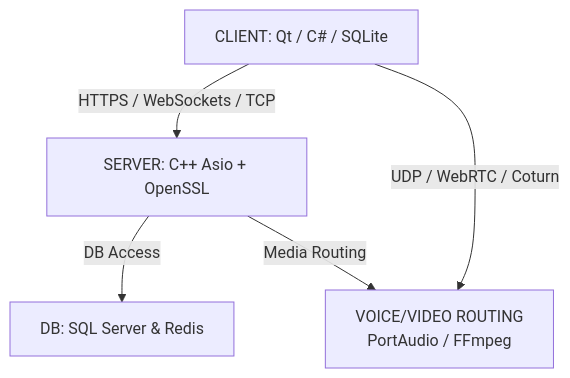
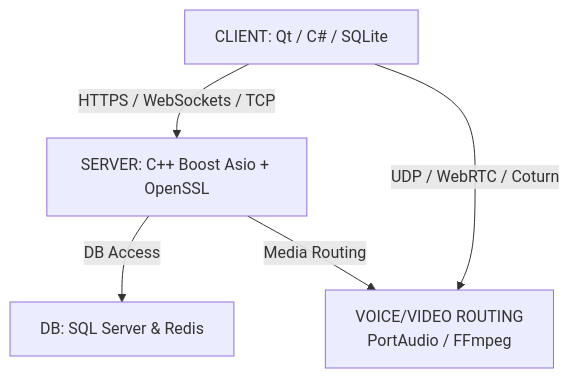
The diagram in README.md (Khoi2310/App_Chatties), drawn with Mermaid before and after one commit. The commit also changed other lines of this file and 3 other files, not shown here.

Commit message:
initial commit, chỉnh sửa package thành boost asio(ko còn standalone nữa)

````diff
--- a/README.md
+++ b/README.md
@@ -27,11 +27,11 @@
 ```mermaid
 graph TD
 	A[CLIENT: Qt / C# / SQLite]
-	B[SERVER: C++ Asio + OpenSSL]
+	B[SERVER: C++ Boost Asio + OpenSSL]
 	C[DB: SQL Server & Redis]
 	D[VOICE/VIDEO ROUTING\nPortAudio / FFmpeg]
 	A -- "HTTPS / WebSockets / TCP" --> B
 	B -- "DB Access" --> C
 	A -- "UDP / WebRTC / Coturn" --> D
 	B -- "Media Routing" --> D
 ```
````
